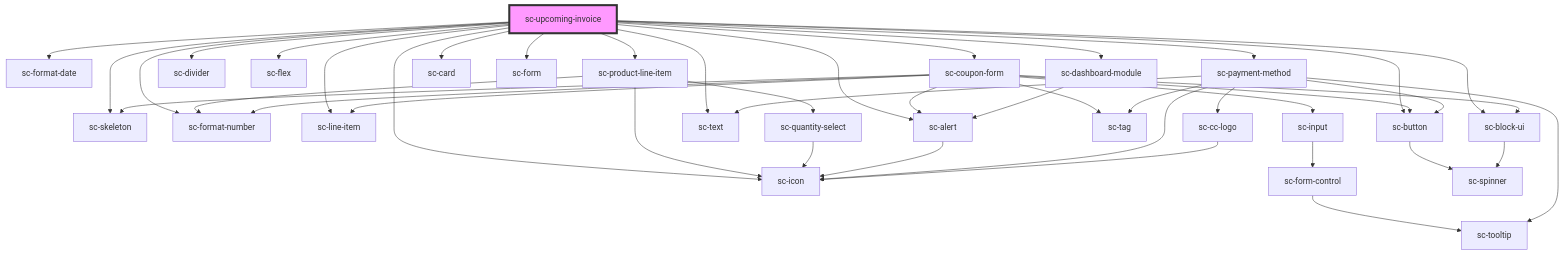
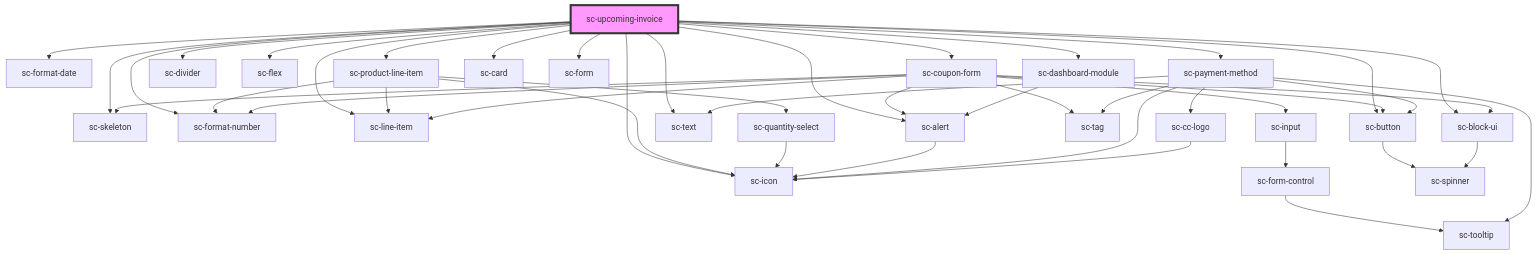
Before and after one commit to surecart/surecart-wp-plugin: the diagram in packages/components/src/components/controllers/dashboard/upcoming-invoice/readme.md, drawn with Mermaid. The commit also changed 22 other files, not shown here.

````diff
--- a/packages/components/src/components/controllers/dashboard/upcoming-invoice/readme.md
+++ b/packages/components/src/components/controllers/dashboard/upcoming-invoice/readme.md
@@ -46,46 +46,47 @@
 ```mermaid
 graph TD;
   sc-upcoming-invoice --> sc-format-date
   sc-upcoming-invoice --> sc-skeleton
   sc-upcoming-invoice --> sc-format-number
   sc-upcoming-invoice --> sc-product-line-item
   sc-upcoming-invoice --> sc-line-item
   sc-upcoming-invoice --> sc-coupon-form
   sc-upcoming-invoice --> sc-divider
   sc-upcoming-invoice --> sc-flex
   sc-upcoming-invoice --> sc-payment-method
   sc-upcoming-invoice --> sc-icon
   sc-upcoming-invoice --> sc-alert
   sc-upcoming-invoice --> sc-dashboard-module
   sc-upcoming-invoice --> sc-card
   sc-upcoming-invoice --> sc-form
   sc-upcoming-invoice --> sc-button
   sc-upcoming-invoice --> sc-text
   sc-upcoming-invoice --> sc-block-ui
   sc-product-line-item --> sc-format-number
   sc-product-line-item --> sc-quantity-select
   sc-product-line-item --> sc-icon
+  sc-product-line-item --> sc-line-item
   sc-quantity-select --> sc-icon
   sc-coupon-form --> sc-skeleton
   sc-coupon-form --> sc-line-item
   sc-coupon-form --> sc-tag
   sc-coupon-form --> sc-format-number
   sc-coupon-form --> sc-input
   sc-coupon-form --> sc-button
   sc-coupon-form --> sc-alert
   sc-coupon-form --> sc-block-ui
   sc-input --> sc-form-control
   sc-form-control --> sc-tooltip
   sc-button --> sc-spinner
   sc-alert --> sc-icon
   sc-block-ui --> sc-spinner
   sc-payment-method --> sc-tooltip
   sc-payment-method --> sc-button
   sc-payment-method --> sc-icon
   sc-payment-method --> sc-tag
   sc-payment-method --> sc-cc-logo
   sc-payment-method --> sc-text
   sc-cc-logo --> sc-icon
   sc-dashboard-module --> sc-alert
   style sc-upcoming-invoice fill:#f9f,stroke:#333,stroke-width:4px
 ```
````
